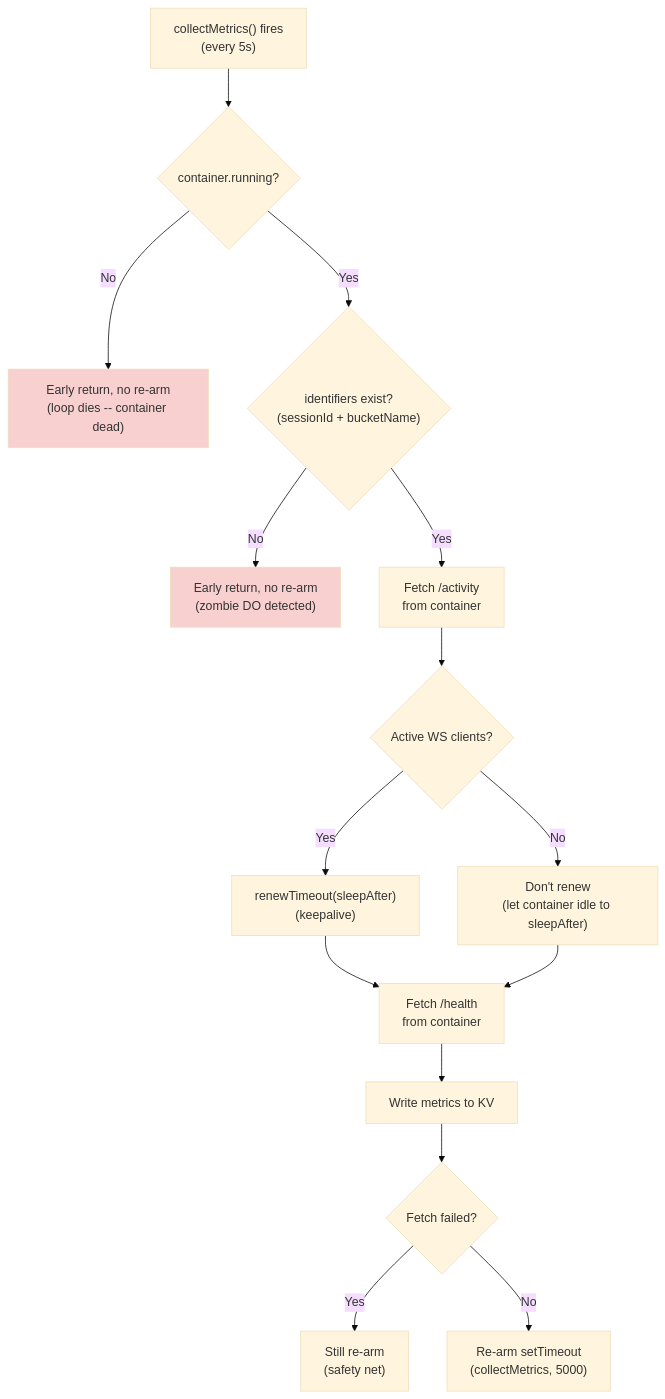
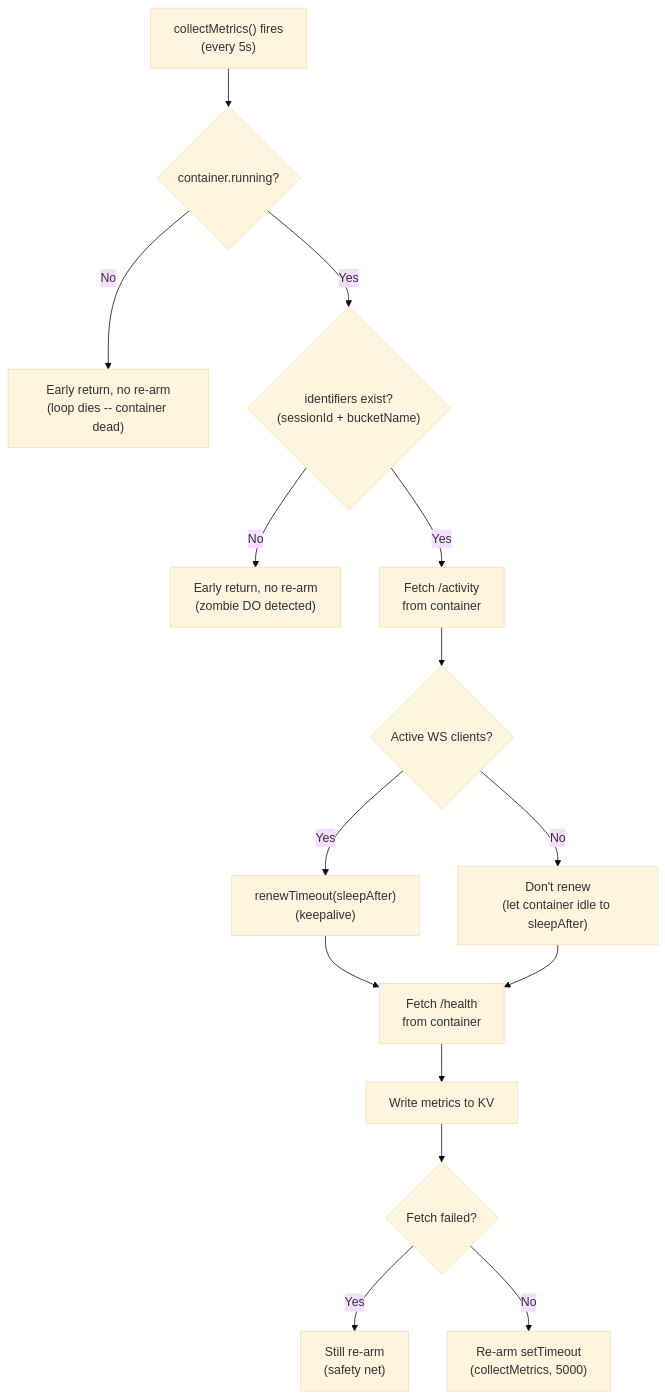
One commit to nikolanovoselec/codeflare changed the third of 12 diagrams in TECHNICAL.md. Above: the diagram before and after it, drawn with Mermaid (base theme). The commit also changed other lines of this file, not shown here.

Commit message:
Remove custom color styles from mermaid diagrams
Strip fill color overrides so all diagrams use the default mermaid
theme consistently.

````diff
--- a/TECHNICAL.md
+++ b/TECHNICAL.md
@@ -242,20 +242,18 @@
 ```mermaid
 flowchart TD
     CM["collectMetrics() fires<br/>(every 5s)"] --> CRunning{"container.running?"}
     CRunning -->|No| Exit1["Early return, no re-arm<br/>(loop dies -- container dead)"]
     CRunning -->|Yes| IDs{"identifiers exist?<br/>(sessionId + bucketName)"}
     IDs -->|No| Exit2["Early return, no re-arm<br/>(zombie DO detected)"]
     IDs -->|Yes| FetchAct["Fetch /activity<br/>from container"]
     FetchAct --> WSClients{"Active WS clients?"}
     WSClients -->|Yes| Renew["renewTimeout(sleepAfter)<br/>(keepalive)"]
     WSClients -->|No| NoRenew["Don't renew<br/>(let container idle to sleepAfter)"]
     Renew --> FetchHealth["Fetch /health<br/>from container"]
     NoRenew --> FetchHealth
     FetchHealth --> WriteKV["Write metrics to KV"]
     WriteKV --> FetchFailed{"Fetch failed?"}
     FetchFailed -->|Yes| ReArm1["Still re-arm<br/>(safety net)"]
     FetchFailed -->|No| ReArm2["Re-arm setTimeout<br/>(collectMetrics, 5000)"]
 
-    style Exit1 fill:#f9d0d0
-    style Exit2 fill:#f9d0d0
 ```
````
